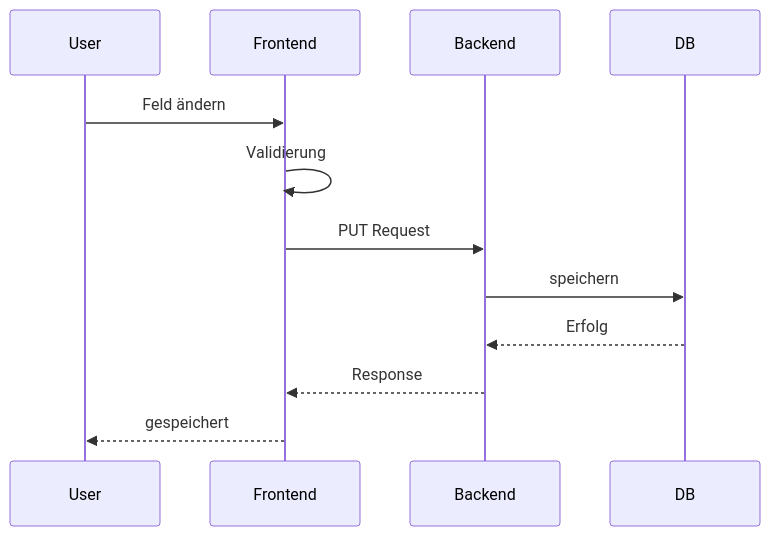
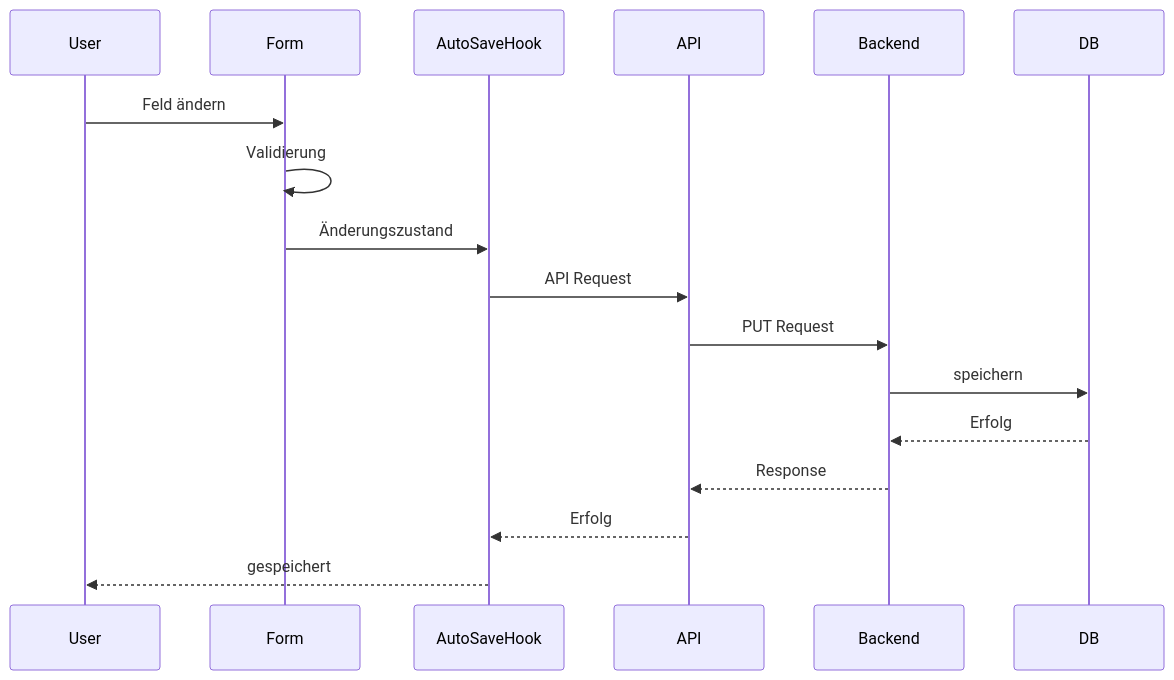
The ninth of 10 diagrams in docs/04-architektur.md (Jaiti1968/emc-dokumentation), drawn with Mermaid before and after one commit. The commit also changed other lines of this file, not shown here.

````diff
--- a/docs/04-architektur.md
+++ b/docs/04-architektur.md
@@ -891,15 +1109,20 @@
 ```mermaid
 sequenceDiagram
     participant User
-    participant Frontend
+    participant Form
+    participant AutoSaveHook
+    participant API
     participant Backend
     participant DB
 
-    User->>Frontend: Feld ändern
-    Frontend->>Frontend: Validierung
-    Frontend->>Backend: PUT Request
+    User->>Form: Feld ändern
+    Form->>Form: Validierung
+    Form->>AutoSaveHook: Änderungszustand
+    AutoSaveHook->>API: API Request
+    API->>Backend: PUT Request
     Backend->>DB: speichern
     DB-->>Backend: Erfolg
-    Backend-->>Frontend: Response
-    Frontend-->>User: gespeichert
+    Backend-->>API: Response
+    API-->>AutoSaveHook: Erfolg
+    AutoSaveHook-->>User: gespeichert
 ```
````
